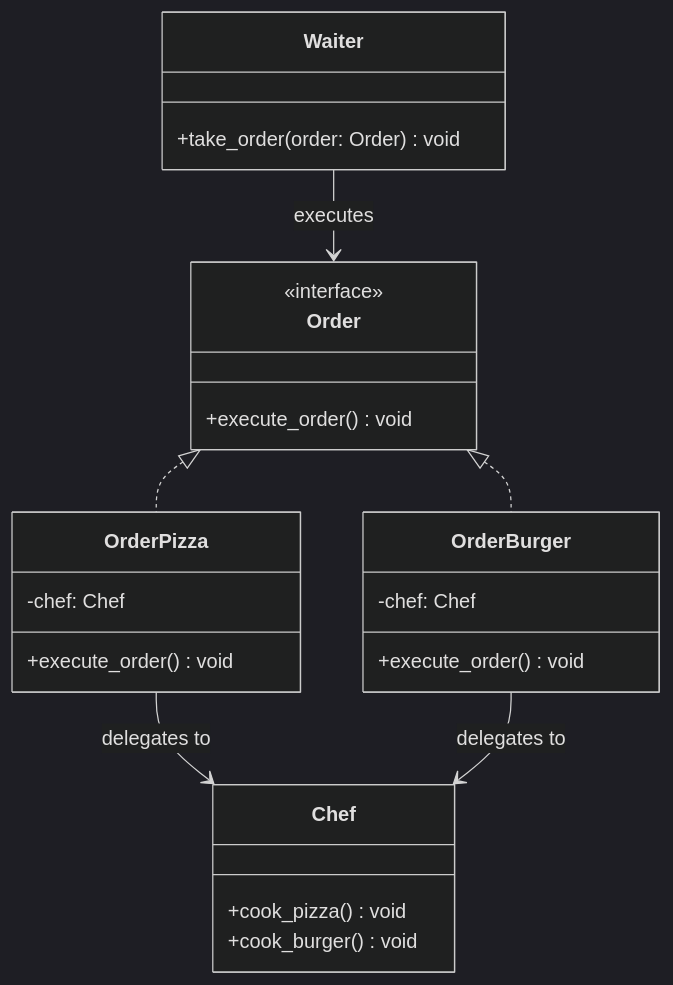
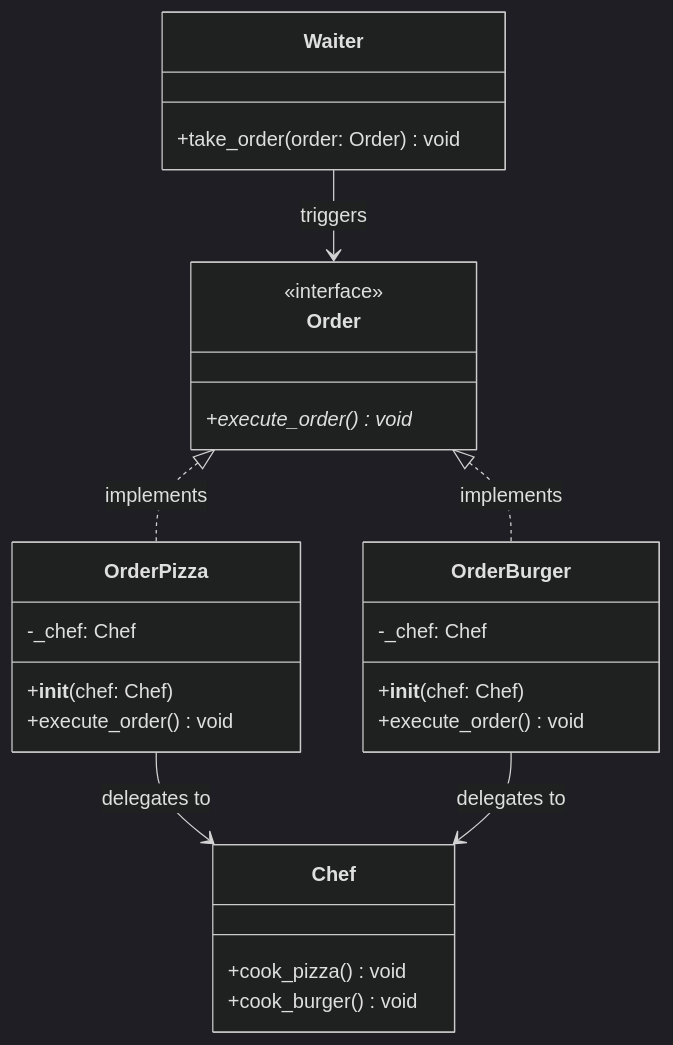
The first of 2 diagrams in command/README.md (chahatsagarmain/lld), drawn with Mermaid (dark theme) before and after one commit. The commit also changed other lines of this file and 13 other files, not shown here.

````diff
--- a/command/README.md
+++ b/command/README.md
@@ -25,32 +44,34 @@
 ```mermaid
 classDiagram
     class Order {
         <<interface>>
-        +execute_order() void
+        +execute_order()* void
     }
 
     class OrderPizza {
-        -chef: Chef
+        -_chef: Chef
+        +__init__(chef: Chef)
         +execute_order() void
     }
 
     class OrderBurger {
-        -chef: Chef
+        -_chef: Chef
+        +__init__(chef: Chef)
         +execute_order() void
     }
 
     class Chef {
         +cook_pizza() void
         +cook_burger() void
     }
 
     class Waiter {
         +take_order(order: Order) void
     }
 
-    Order <|.. OrderPizza
-    Order <|.. OrderBurger
+    Order <|.. OrderPizza : implements
+    Order <|.. OrderBurger : implements
     OrderPizza --> Chef : delegates to
     OrderBurger --> Chef : delegates to
-    Waiter --> Order : executes
+    Waiter --> Order : triggers
 ```
````
